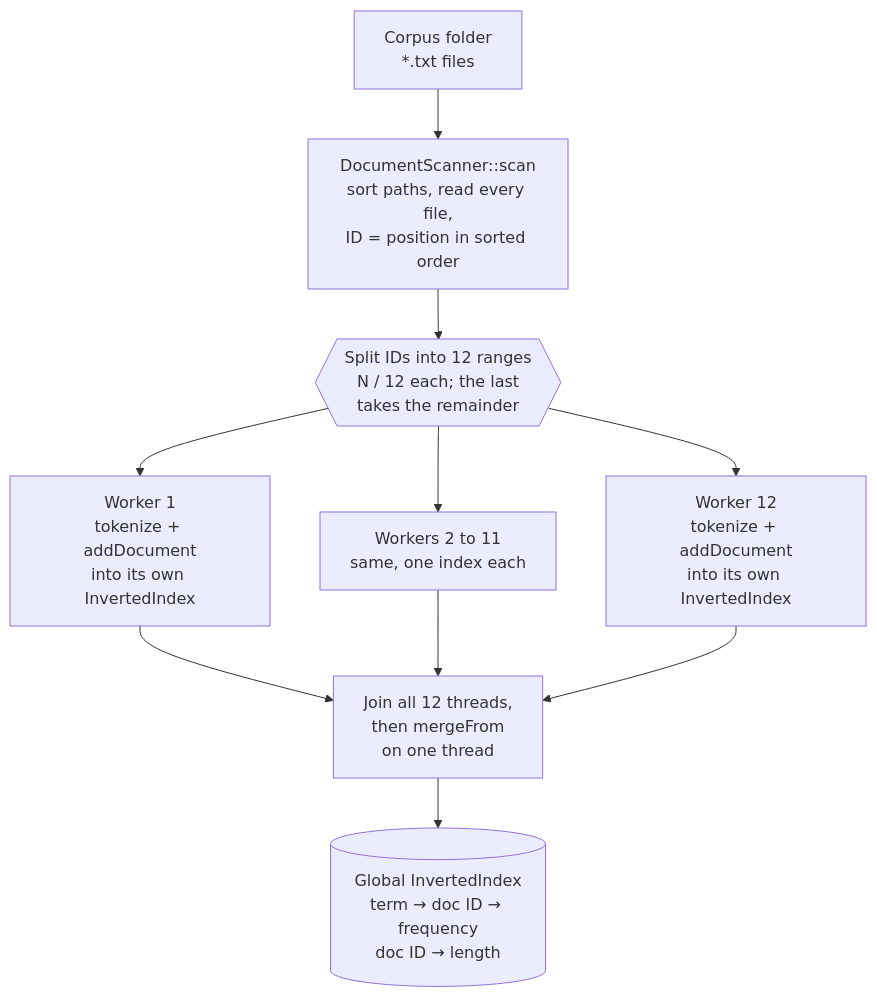
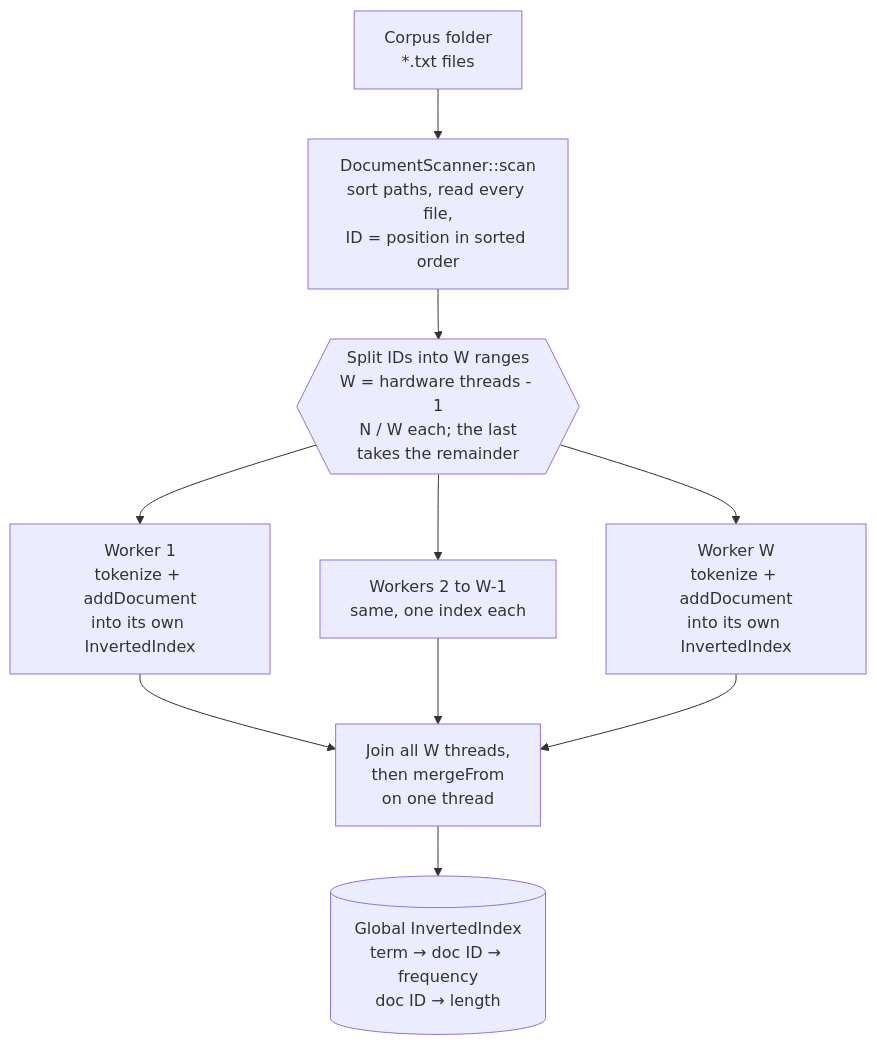
One commit to jagritsinghsheoran-bit/cpp-file-search-engine changed the first of 2 diagrams in README.md. Above: the diagram before and after it, drawn with Mermaid. The commit also changed other lines of this file and 1 other file, not shown here.

Commit message:
added directives and variable thread count

````diff
--- a/README.md
+++ b/README.md
@@ -59,12 +59,12 @@
 ```mermaid
 flowchart TB
     A["Corpus folder<br/>*.txt files"] --> B["DocumentScanner::scan<br/>sort paths, read every file,<br/>ID = position in sorted order"]
-    B --> P{{"Split IDs into 12 ranges<br/>N / 12 each; the last<br/>takes the remainder"}}
+    B --> P{{"Split IDs into W ranges<br/>W = hardware threads - 1<br/>N / W each; the last<br/>takes the remainder"}}
     P --> W1["Worker 1<br/>tokenize + addDocument<br/>into its own InvertedIndex"]
-    P --> W2["Workers 2 to 11<br/>same, one index each"]
-    P --> W12["Worker 12<br/>tokenize + addDocument<br/>into its own InvertedIndex"]
-    W1 --> M["Join all 12 threads,<br/>then mergeFrom<br/>on one thread"]
+    P --> W2["Workers 2 to W-1<br/>same, one index each"]
+    P --> W12["Worker W<br/>tokenize + addDocument<br/>into its own InvertedIndex"]
+    W1 --> M["Join all W threads,<br/>then mergeFrom<br/>on one thread"]
     W2 --> M
     W12 --> M
     M --> G[("Global InvertedIndex<br/>term → doc ID → frequency<br/>doc ID → length")]
 ```
````
